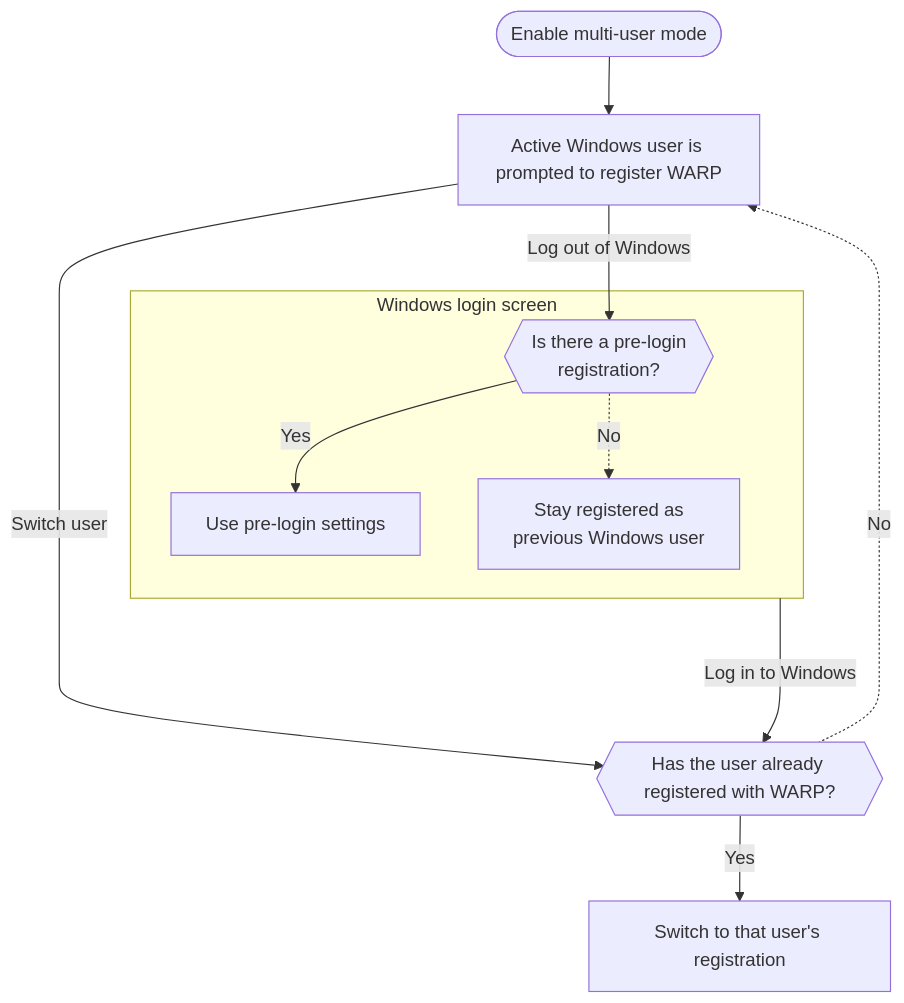
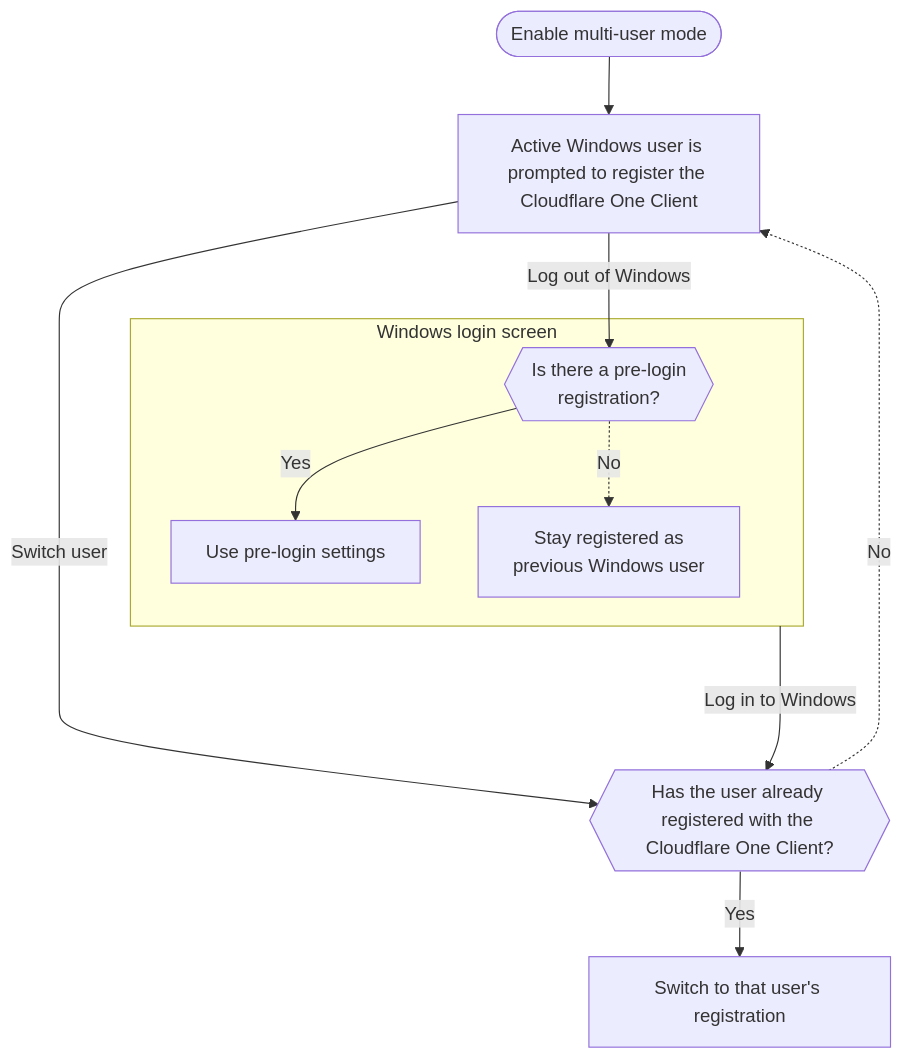
The diagram in src/content/docs/cloudflare-one/team-and-resources/devices/cloudflare-one-client/deployment/mdm-deployment/windows-multiuser.mdx (cloudflare/cloudflare-docs), drawn with Mermaid before and after one commit. The commit also changed other lines of this file and 4 other files, not shown here.

Commit message:
Rename WARP Client to Cloudflare One Client (Batch 10: remaining mdm-deployment content updates)

````diff
--- a/src/content/docs/cloudflare-one/team-and-resources/devices/cloudflare-one-client/deployment/mdm-deployment/windows-multiuser.mdx
+++ b/src/content/docs/cloudflare-one/team-and-resources/devices/cloudflare-one-client/deployment/mdm-deployment/windows-multiuser.mdx
@@ -92,18 +92,18 @@
 ```mermaid
 flowchart TB
-    start(["Enable multi-user mode"])-->reg["Active Windows user is prompted to register WARP"]
+    start(["Enable multi-user mode"])-->reg["Active Windows user is prompted to register the Cloudflare One Client"]
 		reg--"Log out of Windows"-->prelogin
 		reg--"Switch user"-->regexists
 
     subgraph preloginbehavior["Windows login screen"]
 		prelogin{{"Is there a pre-login <br />registration?"}}
     preloginyes["Use pre-login settings"]
 		prelogin--"Yes"-->preloginyes
 		prelogin-. "No" .->preloginno
 		preloginno["Stay registered as <br />previous Windows user"]
 		end
 
-		preloginbehavior--"Log in to Windows"---->regexists{{"Has the user already registered with WARP?"}}
+		preloginbehavior--"Log in to Windows"---->		regexists{{"Has the user already registered with the Cloudflare One Client?"}}
 		regexists--"Yes"-->user["Switch to that user's registration"]
 		regexists-. "No" .->reg
 ```
````
